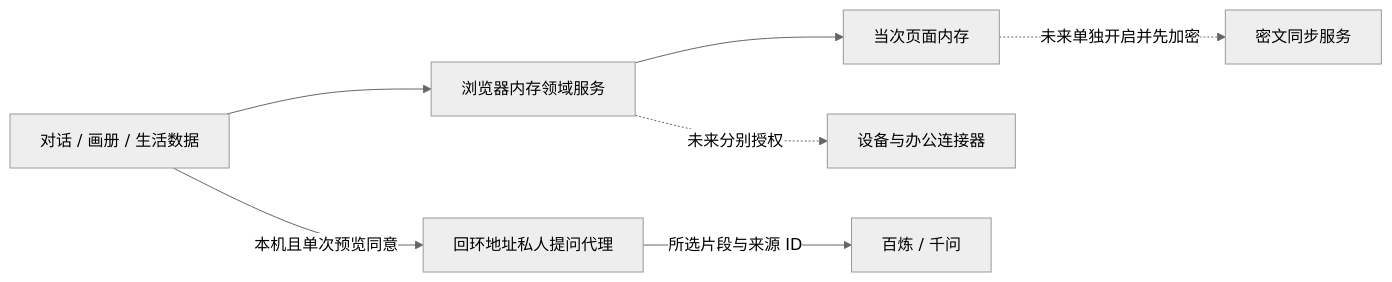
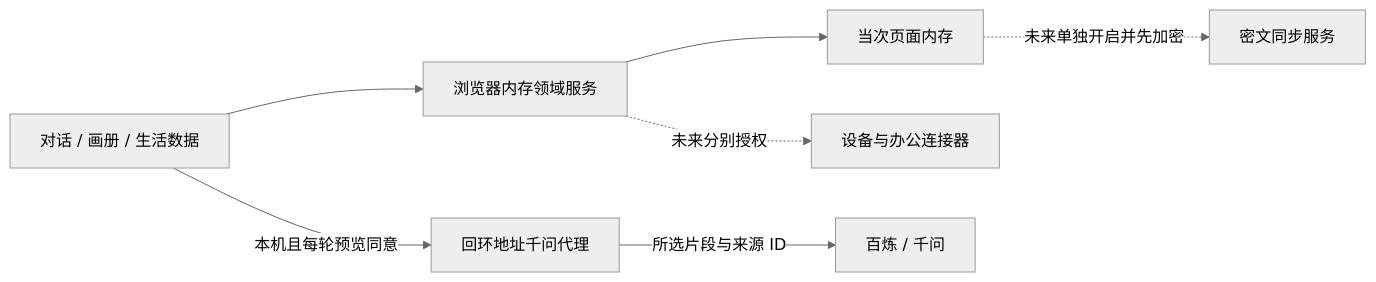
One commit to cyxhrh/soul-album changed the diagram in docs/architecture/README.md. Above: the diagram before and after it, drawn with Mermaid (neutral theme). The commit also changed other lines of this file and 22 other files, not shown here.

````diff
--- a/docs/architecture/README.md
+++ b/docs/architecture/README.md
@@ -7,9 +7,9 @@
 ```mermaid
 flowchart LR
   UI[对话 / 画册 / 生活数据] --> D[浏览器内存领域服务]
   D --> L[当次页面内存]
-  UI -->|本机且单次预览同意| P[回环地址私人提问代理]
+  UI -->|本机且每轮预览同意| P[回环地址千问代理]
   P -->|所选片段与来源 ID| A[百炼 / 千问]
   D -. 未来分别授权 .-> S[设备与办公连接器]
   L -. 未来单独开启并先加密 .-> C[密文同步服务]
 ```
````
